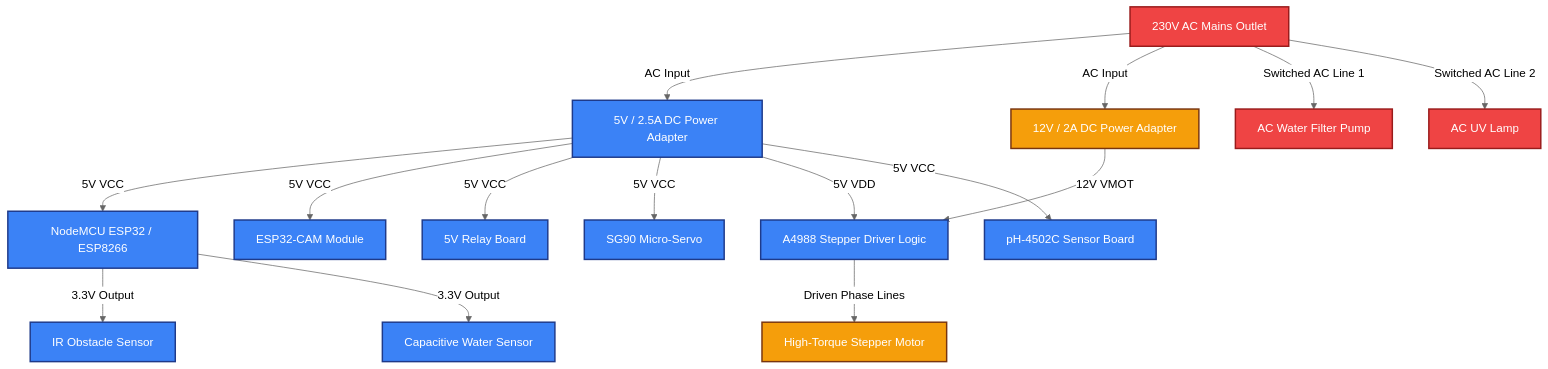
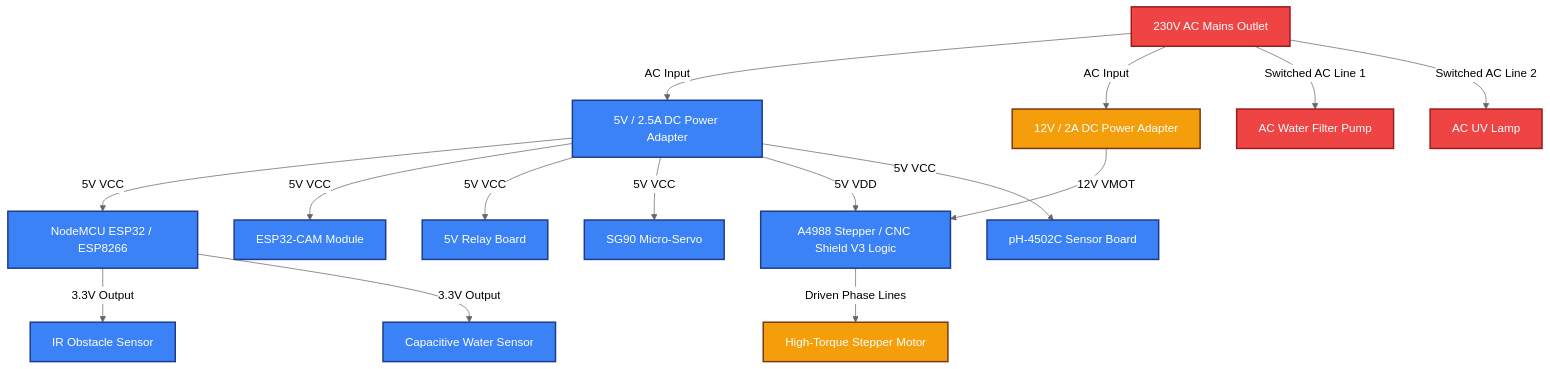
One commit to anjanadulan/Smart-Aqua-Manage-Bot changed the first of 2 diagrams in PARTS.md. Above: the diagram before and after it, drawn with Mermaid (neutral theme). The commit also changed other lines of this file and 1 other file, not shown here.

Commit message:
docs: add CNC Shield V3 as a stepper driver alternative

````diff
--- a/PARTS.md
+++ b/PARTS.md
@@ -12,47 +12,47 @@
 ```mermaid
 graph TD
     %% Styling Nodes
     classDef highVoltage fill:#ef4444,stroke:#991b1b,stroke-width:2px,color:#fff;
     classDef logicPower fill:#3b82f6,stroke:#1e3a8a,stroke-width:2px,color:#fff;
     classDef motorPower fill:#f59e0b,stroke:#78350f,stroke-width:2px,color:#fff;
     classDef hardware fill:#10b981,stroke:#065f46,stroke-width:2px,color:#fff;
 
     %% Power Source Nodes
     AC[230V AC Mains Outlet]:::highVoltage
     PSU_DC5V[5V / 2.5A DC Power Adapter]:::logicPower
     PSU_DC12V[12V / 2A DC Power Adapter]:::motorPower
 
     %% Low Voltage Devices
     NodeMCU[NodeMCU ESP32 / ESP8266]:::logicPower
     ESP32_CAM[ESP32-CAM Module]:::logicPower
     RelayBoard[5V Relay Board]:::logicPower
-    StepperDriver[A4988 Stepper Driver Logic]:::logicPower
+    StepperDriver[A4988 Stepper / CNC Shield V3 Logic]:::logicPower
     SG90[SG90 Micro-Servo]:::logicPower
     IRSensor[IR Obstacle Sensor]:::logicPower
     CapWater[Capacitive Water Sensor]:::logicPower
     pHSensor[pH-4502C Sensor Board]:::logicPower
 
     %% High Power Devices
     StepperMotor[High-Torque Stepper Motor]:::motorPower
     FilterPump[AC Water Filter Pump]:::highVoltage
     UVSterilizer[AC UV Lamp]:::highVoltage
 
     %% Connections
     AC -->|AC Input| PSU_DC5V
     AC -->|AC Input| PSU_DC12V
     AC -->|Switched AC Line 1| FilterPump
     AC -->|Switched AC Line 2| UVSterilizer
 
     PSU_DC5V -->|5V VCC| NodeMCU
     PSU_DC5V -->|5V VCC| ESP32_CAM
     PSU_DC5V -->|5V VCC| RelayBoard
     PSU_DC5V -->|5V VCC| SG90
     PSU_DC5V -->|5V VDD| StepperDriver
     PSU_DC5V -->|5V VCC| pHSensor
 
     PSU_DC12V -->|12V VMOT| StepperDriver
     StepperDriver -->|Driven Phase Lines| StepperMotor
 
     NodeMCU -->|3.3V Output| IRSensor
     NodeMCU -->|3.3V Output| CapWater
 ```
````
